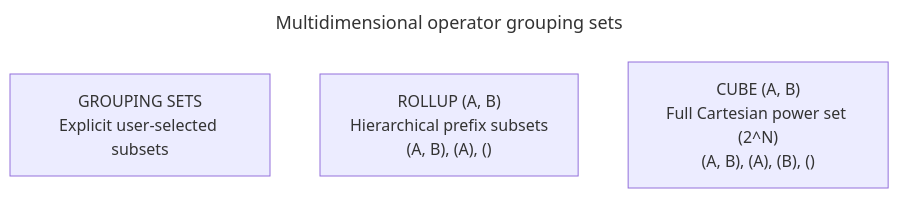
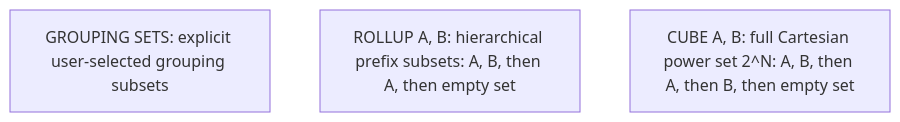
The diagram in content/sql/multidimensional-aggregation.md (VineethChivukula/dedocs), drawn with Mermaid before and after one commit. The commit also changed other lines of this file and 26 other files, not shown here.

````diff
--- a/content/sql/multidimensional-aggregation.md
+++ b/content/sql/multidimensional-aggregation.md
@@ -24,9 +45,6 @@
 ```mermaid
----
-title: Multidimensional operator grouping sets
----
 flowchart TD
-    Sets["GROUPING SETS<br/>Explicit user-selected subsets"]
-    Roll["ROLLUP (A, B)<br/>Hierarchical prefix subsets<br/>(A, B), (A), ()"]
-    Cube["CUBE (A, B)<br/>Full Cartesian power set (2^N)<br/>(A, B), (A), (B), ()"]
+    Sets["GROUPING SETS: explicit user-selected grouping subsets"]
+    Roll["ROLLUP A, B: hierarchical prefix subsets: A, B, then A, then empty set"]
+    Cube["CUBE A, B: full Cartesian power set 2^N: A, B, then A, then B, then empty set"]
 ```
````
